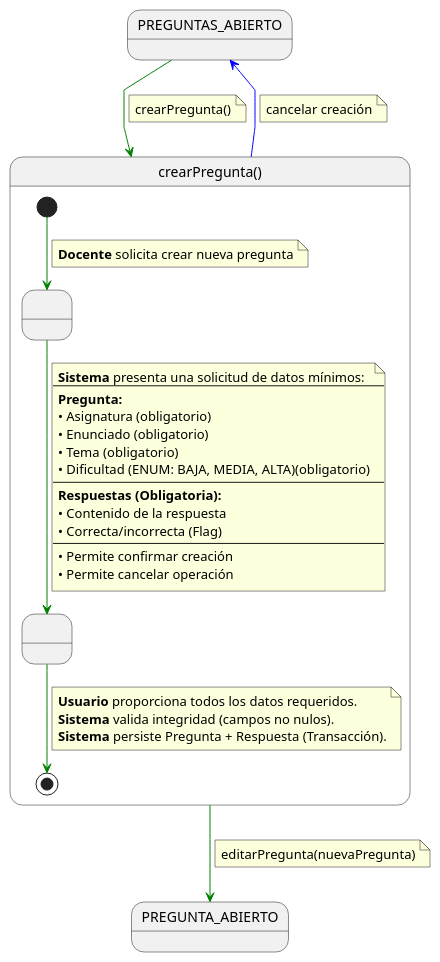
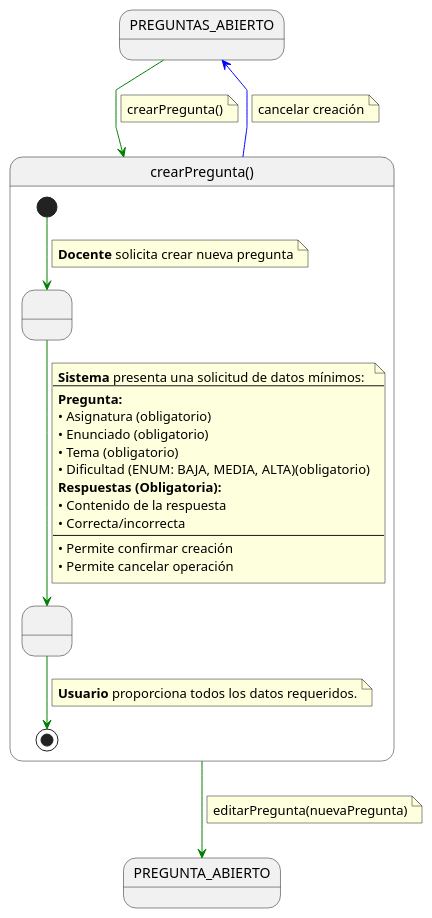
One commit to martinlopez7/25-26-IdSw1-SdR changed the diagram in documents/casos-de-uso/detalladoCasosDeUso/crearPregunta/crearPregunta.puml. Above: the diagram before and after it, drawn with PlantUML. The commit also changed 5 other files, not shown here.

```diff
--- a/documents/casos-de-uso/detalladoCasosDeUso/crearPregunta/crearPregunta.puml
+++ b/documents/casos-de-uso/detalladoCasosDeUso/crearPregunta/crearPregunta.puml
@@ -1,65 +1,62 @@
 @startuml crearPregunta
 
 skinparam linetype polyline
 
 ' 1. ESTADO PREVIO (Contexto de origen: Banco de Preguntas)
 state PREGUNTAS_ABIERTO
 
 ' 2. TRANSICIÓN DE ENTRADA
 PREGUNTAS_ABIERTO -[#green]-> crearPregunta
 note on link
 crearPregunta()
 end note
 
 ' 3. EL CASO DE USO (Caja negra detallada)
 state crearPregunta as "crearPregunta()" {
 
     state " " as SolicitandoDatosPregunta
     state " " as ProcesandoCreacion
 
     [*] -[#green]-> SolicitandoDatosPregunta 
     note on link
     <b>Docente</b> solicita crear nueva pregunta
     end note    
     
     SolicitandoDatosPregunta -[#green]-> ProcesandoCreacion
     note on link
     <b>Sistema</b> presenta una solicitud de datos mínimos:
     ---
     <b>Pregunta:</b>
     • Asignatura (obligatorio)
     • Enunciado (obligatorio)
     • Tema (obligatorio)
     • Dificultad (ENUM: BAJA, MEDIA, ALTA)(obligatorio)
-    ---
     <b>Respuestas (Obligatoria):</b>
     • Contenido de la respuesta
-    • Correcta/incorrecta (Flag)
+    • Correcta/incorrecta
     ---
     • Permite confirmar creación
     • Permite cancelar operación
     end note
     
     ProcesandoCreacion -[#green]-> [*]
     note on link
     <b>Usuario</b> proporciona todos los datos requeridos.
-    <b>Sistema</b> valida integridad (campos no nulos).
-    <b>Sistema</b> persiste Pregunta + Respuesta (Transacción).
     end note
 }
 
 ' 4. SALIDAS DEL CASO DE USO
 
 ' Flujo Exitoso: Va al detalle para seguir editando (añadir más respuestas, imágenes, etc.)
 crearPregunta -[#green]-> PREGUNTA_ABIERTO
 note on link
 editarPregunta(nuevaPregunta)
 end note
 
 ' Flujo Alternativo: Cancela y vuelve al banco de preguntas
 crearPregunta -[#blue]-> PREGUNTAS_ABIERTO
 note on link
 cancelar creación
 end note
 
 @enduml
```
